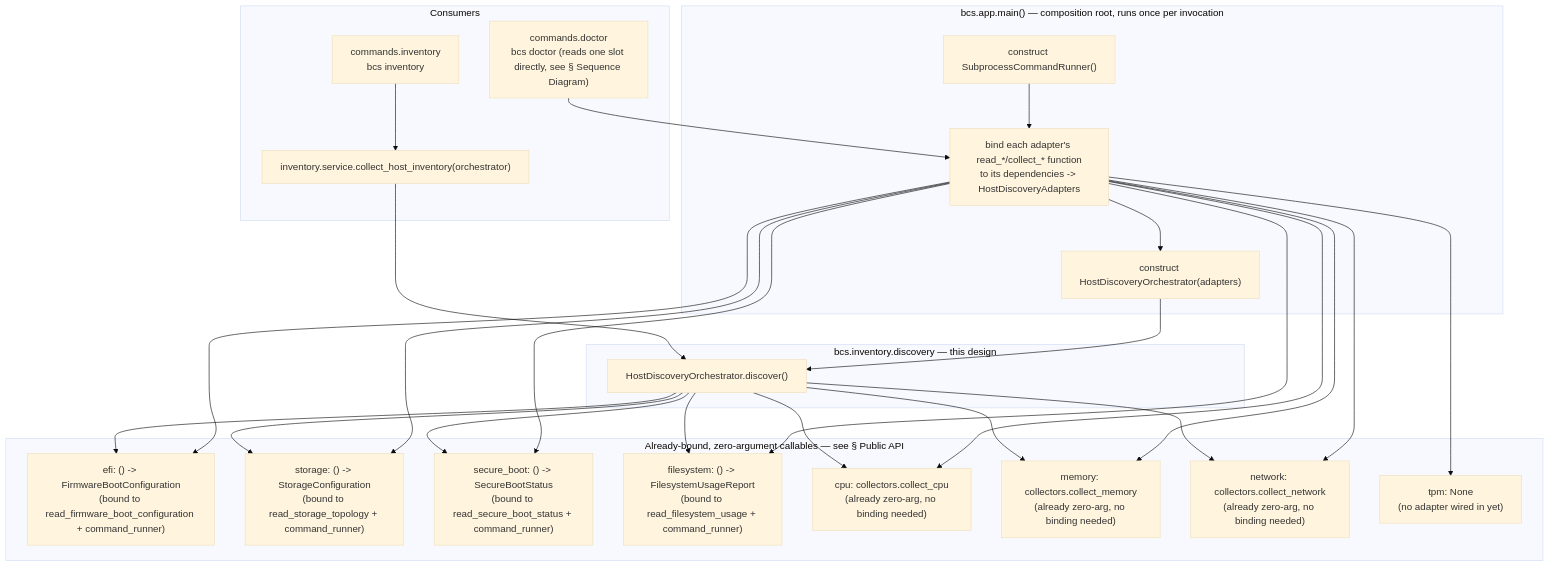
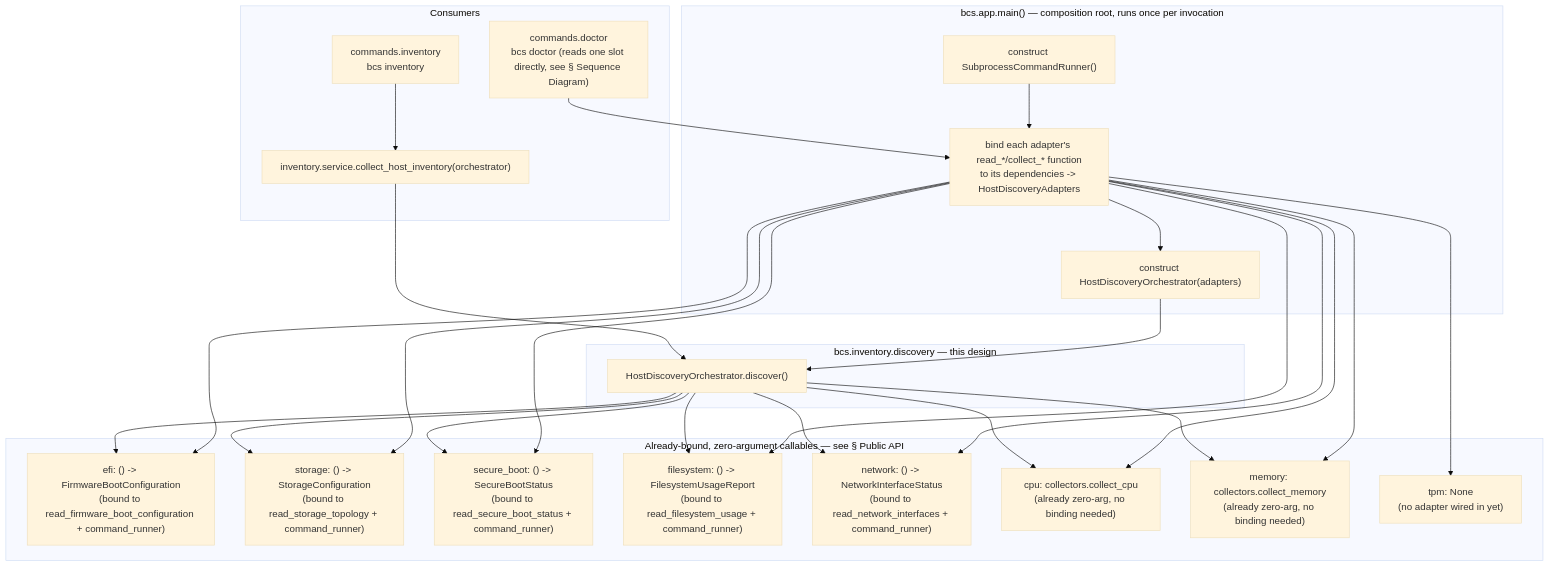
Before and after one commit to nino79/batoi-classroom-suite: the second of 4 diagrams in docs/HOST_DISCOVERY_ORCHESTRATOR.md, drawn with Mermaid (base theme). The commit also changed other lines of this file and 15 other files, not shown here.

````diff
--- a/docs/HOST_DISCOVERY_ORCHESTRATOR.md
+++ b/docs/HOST_DISCOVERY_ORCHESTRATOR.md
@@ -110,53 +114,53 @@
 ```mermaid
 flowchart TB
     subgraph AppStartup["bcs.app.main() — composition root, runs once per invocation"]
         BuildRunner["construct SubprocessCommandRunner()"]
         BuildAdapters["bind each adapter's read_*/collect_* function\nto its dependencies -> HostDiscoveryAdapters"]
         BuildOrchestrator["construct HostDiscoveryOrchestrator(adapters)"]
     end
 
     subgraph BoundAdapters["Already-bound, zero-argument callables — see § Public API"]
         EfiBound["efi: () -> FirmwareBootConfiguration\n(bound to read_firmware_boot_configuration + command_runner)"]
         StorageBound["storage: () -> StorageConfiguration\n(bound to read_storage_topology + command_runner)"]
         SecureBootBound["secure_boot: () -> SecureBootStatus\n(bound to read_secure_boot_status + command_runner)"]
         FilesystemBound["filesystem: () -> FilesystemUsageReport\n(bound to read_filesystem_usage + command_runner)"]
+        NetworkBound["network: () -> NetworkInterfaceStatus\n(bound to read_network_interfaces + command_runner)"]
         CpuBound["cpu: collectors.collect_cpu\n(already zero-arg, no binding needed)"]
         MemoryBound["memory: collectors.collect_memory\n(already zero-arg, no binding needed)"]
-        NetworkBound["network: collectors.collect_network\n(already zero-arg, no binding needed)"]
         FutureBound["tpm: None\n(no adapter wired in yet)"]
     end
 
     subgraph Core["bcs.inventory.discovery — this design"]
         Orchestrator["HostDiscoveryOrchestrator.discover()"]
     end
 
     subgraph Consumers["Consumers"]
         Service["inventory.service.collect_host_inventory(orchestrator)"]
         CLIAdapter["commands.inventory\nbcs inventory"]
         DoctorAdapter["commands.doctor\nbcs doctor (reads one slot directly, see § Sequence Diagram)"]
     end
 
     BuildRunner --> BuildAdapters
     BuildAdapters --> EfiBound
     BuildAdapters --> StorageBound
     BuildAdapters --> SecureBootBound
     BuildAdapters --> FilesystemBound
     BuildAdapters --> CpuBound
     BuildAdapters --> MemoryBound
     BuildAdapters --> NetworkBound
     BuildAdapters --> FutureBound
     BuildAdapters --> BuildOrchestrator
     BuildOrchestrator --> Orchestrator
 
     Orchestrator --> EfiBound
     Orchestrator --> StorageBound
     Orchestrator --> SecureBootBound
     Orchestrator --> FilesystemBound
     Orchestrator --> CpuBound
     Orchestrator --> MemoryBound
     Orchestrator --> NetworkBound
 
     Service --> Orchestrator
     CLIAdapter --> Service
     DoctorAdapter --> BuildAdapters
 ```
````
